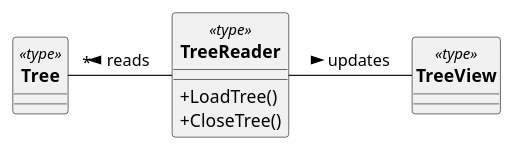
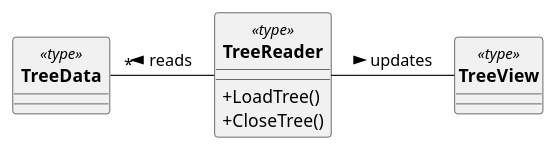
The diagram in uml/uml.puml (jiristrouhal/HoFi), drawn with PlantUML before and after one commit. The commit also changed 1 other file, not shown here.

```diff
--- a/uml/uml.puml
+++ b/uml/uml.puml
@@ -1,23 +1,23 @@
 @startuml domain_model
     skinparam classAttributeIconSize 0
     skinparam style strictuml
 
 
-    class " **Tree** " as T <<type>> {
+    class " **TreeData** " as TD <<type>> {
 
     }
 
     class "**TreeView**" as TV <<type>>{
 
     }
 
     class "**TreeReader**" as TR <<type>> {
         + LoadTree()
         + CloseTree()
     }
 
-    T " * " --right-- TR: reads < 
+    TD " * " --right-- TR: reads < 
     TR -right- TV: updates >
 
 
 @enduml
```
